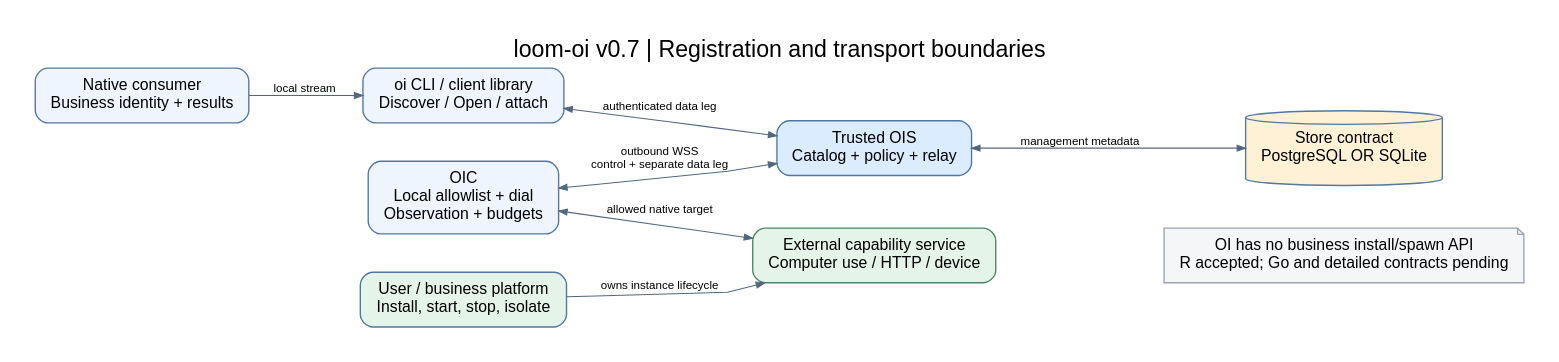
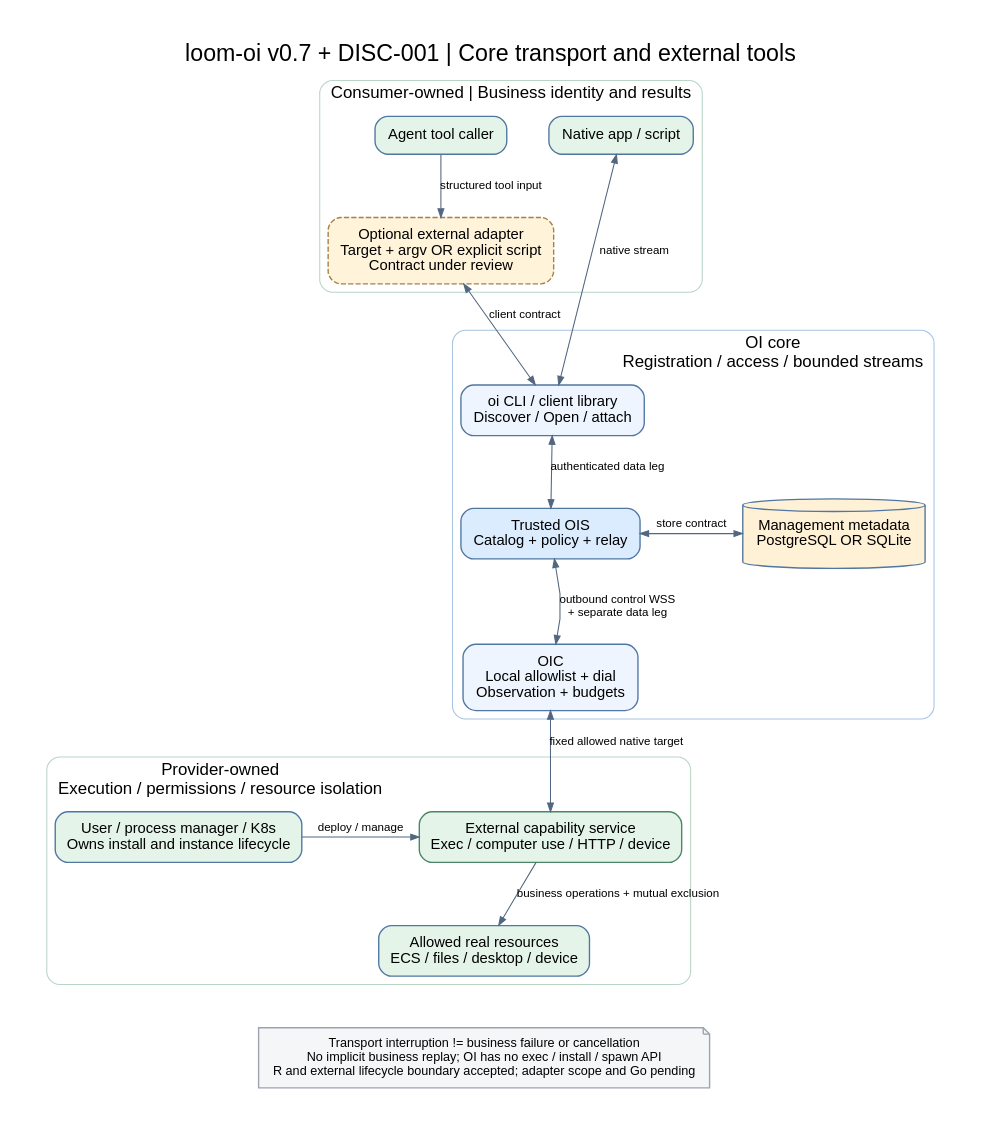
One commit to wyw-ai/loom-oi changed the diagram in docs/architecture/diagrams/v0.7/01-overview.dot. Above: the diagram before and after it, drawn with Graphviz. The commit also changed 38 other files, not shown here.

```diff
--- a/docs/architecture/diagrams/v0.7/01-overview.dot
+++ b/docs/architecture/diagrams/v0.7/01-overview.dot
@@ -1,22 +1,39 @@
 digraph G {
-graph [bgcolor="white",pad="0.35",nodesep="0.5",ranksep="0.65",fontname="Arial",fontsize=22,labelloc="t",splines=polyline];
-node [shape=box,style="rounded,filled",fillcolor="#eef5ff",color="#5077a3",fontname="Arial",fontsize=15,margin="0.2,0.12",penwidth=1.3];
-edge [color="#52677f",fontname="Arial",fontsize=11,arrowsize=0.8];
-rankdir=LR; label="loom-oi v0.7 | Registration and transport boundaries";
- client[label="Native consumer\nBusiness identity + results"];
- cli[label="oi CLI / client library\nDiscover / Open / attach"];
- ois[label="Trusted OIS\nCatalog + policy + relay",fillcolor="#dcecff"];
- oic[label="OIC\nLocal allowlist + dial\nObservation + budgets"];
- service[label="External capability service\nComputer use / HTTP / device",fillcolor="#e4f4e9",color="#4b8767"];
- owner[label="User / business platform\nInstall, start, stop, isolate",fillcolor="#e4f4e9"];
- store[label="Store contract\nPostgreSQL OR SQLite",shape=cylinder,fillcolor="#fff1d6"];
- client->cli[label="local stream"];
- cli->ois[dir=both,label="authenticated data leg"];
- oic->ois[dir=both,label="outbound WSS\ncontrol + separate data leg"];
- oic->service[dir=both,label="allowed native target"];
- owner->service[label="owns instance lifecycle"];
- ois->store[dir=both,label="management metadata"];
- no[label="OI has no business install/spawn API\nR accepted; Go and detailed contracts pending",shape=note,fillcolor="#f5f6f8",color="#9ca3af"];
- service->no[style=invis];
-
+ graph [rankdir=TB,bgcolor="white",pad="0.4",nodesep="0.45",ranksep="0.65",fontname="Arial",fontsize=22,labelloc="t",splines=polyline,label="loom-oi v0.7 + DISC-001 | Core transport and external tools"];
+ node [shape=box,style="rounded,filled",fillcolor="#eef5ff",color="#5077a3",fontname="Arial",fontsize=14,margin="0.2,0.12",penwidth=1.3];
+ edge [color="#52677f",fontname="Arial",fontsize=11,arrowsize=0.8];
+ subgraph cluster_consumer {
+  label="Consumer-owned | Business identity and results";fontsize=16;color="#b9d5c6";style="rounded";
+  native[label="Native app / script",fillcolor="#e4f4e9"];
+  agent[label="Agent tool caller",fillcolor="#e4f4e9"];
+  adapter[label="Optional external adapter\nTarget + argv OR explicit script\nContract under review",style="rounded,dashed,filled",fillcolor="#fff3d9",color="#a68142"];
+  {rank=same; native; agent;}
+  agent->adapter[label="structured tool input"];
+ }
+ subgraph cluster_oi {
+  label="OI core\nRegistration / access / bounded streams";labeljust="r";fontsize=16;color="#a7c4e1";style="rounded";
+  cli[label="oi CLI / client library\nDiscover / Open / attach"];
+  ois[label="Trusted OIS\nCatalog + policy + relay",fillcolor="#dcecff"];
+  oic[label="OIC\nLocal allowlist + dial\nObservation + budgets"];
+  store[label="Management metadata\nPostgreSQL OR SQLite",shape=cylinder,fillcolor="#fff1d6"];
+  cli->ois[dir=both,label="authenticated data leg"];
+  oic->ois[dir=both,label="outbound control WSS\n+ separate data leg",constraint=false];
+  ois->oic[style=invis];
+  ois->store[dir=both,label="store contract"];
+  {rank=same; ois; store;}
+ }
+ subgraph cluster_provider {
+  label="Provider-owned\nExecution / permissions / resource isolation";labeljust="l";fontsize=16;color="#b9d5c6";style="rounded";
+  service[label="External capability service\nExec / computer use / HTTP / device",fillcolor="#e4f4e9",color="#4b8767"];
+  owner[label="User / process manager / K8s\nOwns install and instance lifecycle",fillcolor="#e4f4e9"];
+  resource[label="Allowed real resources\nECS / files / desktop / device",fillcolor="#e4f4e9"];
+  owner->service[label="deploy / manage"];
+  service->resource[label="business operations + mutual exclusion"];
+  {rank=same; service; owner;}
+ }
+ native->cli[dir=both,label="native stream"];
+ adapter->cli[dir=both,label="client contract"];
+ oic->service[dir=both,label="fixed allowed native target"];
+ note[label="Transport interruption != business failure or cancellation\nNo implicit business replay; OI has no exec / install / spawn API\nR and external lifecycle boundary accepted; adapter scope and Go pending",shape=note,fillcolor="#f5f6f8",color="#9ca3af",fontsize=12];
+ resource->note[style=invis];
 }
```
